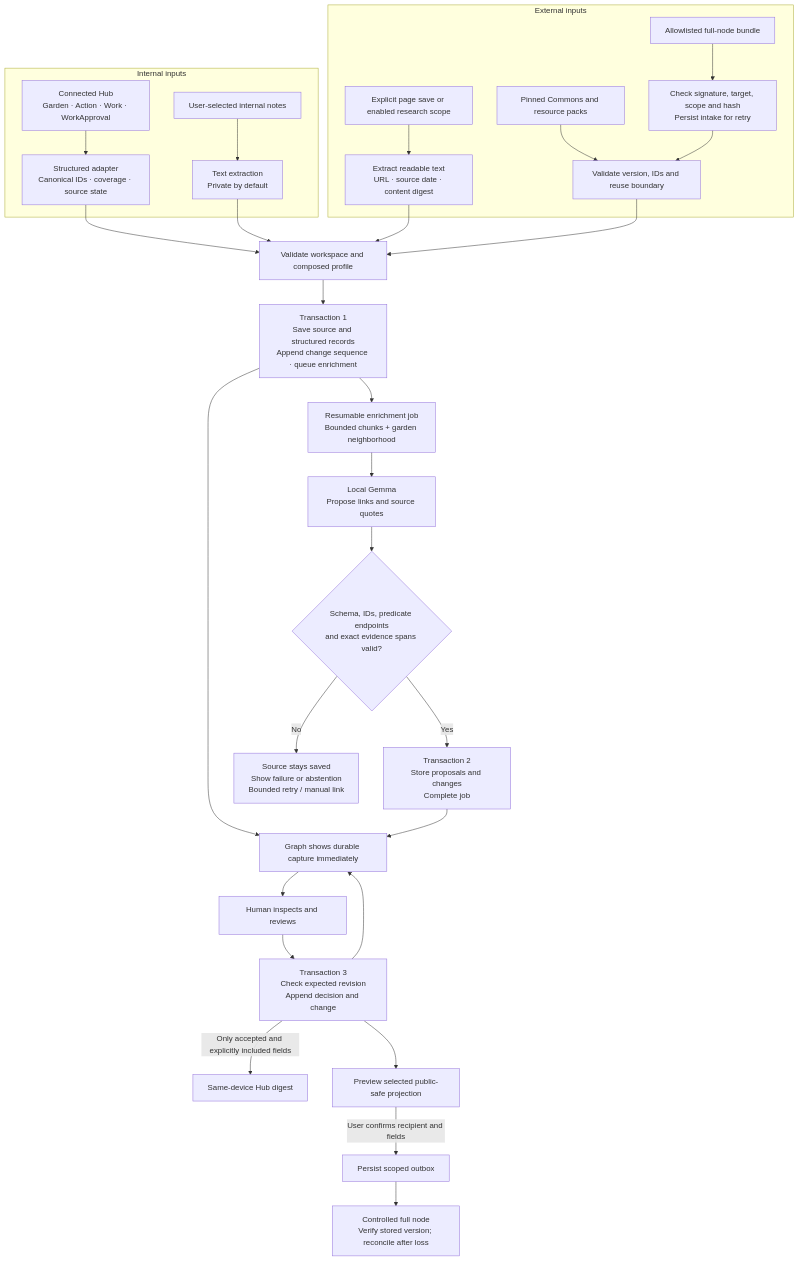
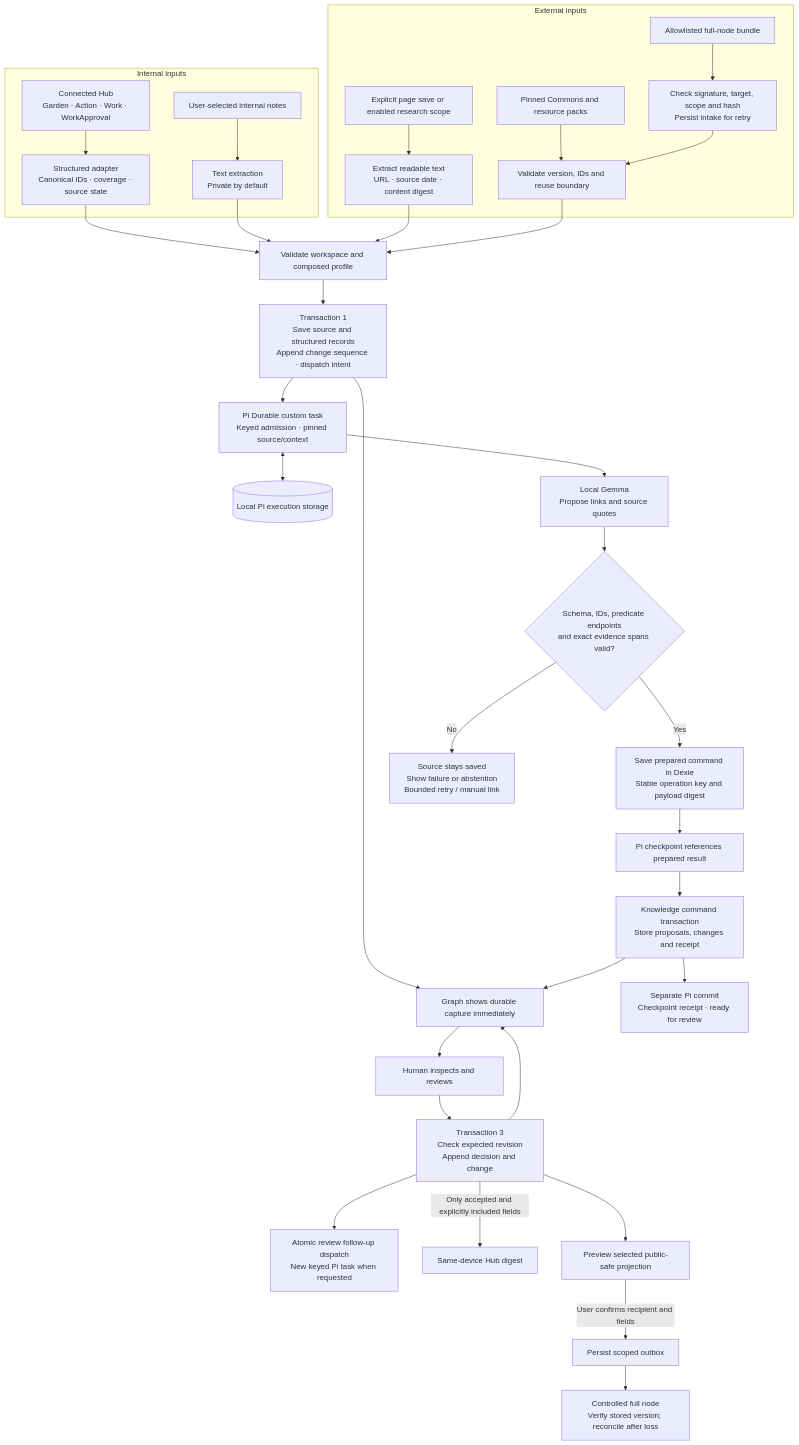
The second of 4 diagrams in .plans/ideas/grove/architecture-flows.md (greenpill-dev-guild/green-goods), drawn with Mermaid before and after one commit. The commit also changed other lines of this file and 10 other files, not shown here.

Commit message:
docs(agent): integrate Pi Durable into Grove architecture

````diff
--- a/.plans/ideas/grove/architecture-flows.md
+++ b/.plans/ideas/grove/architecture-flows.md
@@ -45,32 +46,37 @@
 ```mermaid
 flowchart TB
   subgraph INTERNAL["Internal inputs"]
     H["Connected Hub<br/>Garden · Action · Work · WorkApproval"] --> I["Structured adapter<br/>Canonical IDs · coverage · source state"]
     N["User-selected internal notes"] --> T["Text extraction<br/>Private by default"]
   end
   subgraph EXTERNAL["External inputs"]
     P["Explicit page save or enabled research scope"] --> E["Extract readable text<br/>URL · source date · content digest"]
     C["Pinned Commons and resource packs"] --> V["Validate version, IDs and reuse boundary"]
     K["Allowlisted full-node bundle"] --> KV["Check signature, target, scope and hash<br/>Persist intake for retry"]
     KV --> V
   end
   I --> B["Validate workspace and composed profile"]
   T --> B
   E --> B
   V --> B
-  B --> D["Transaction 1<br/>Save source and structured records<br/>Append change sequence · queue enrichment"]
+  B --> D["Transaction 1<br/>Save source and structured records<br/>Append change sequence · dispatch intent"]
   D --> G["Graph shows durable capture immediately"]
-  D --> J["Resumable enrichment job<br/>Bounded chunks + garden neighborhood"]
+  D --> J["Pi Durable custom task<br/>Keyed admission · pinned source/context"]
+  J <--> PS[("Local Pi execution storage")]
   J --> M["Local Gemma<br/>Propose links and source quotes"]
   M --> Z{"Schema, IDs, predicate endpoints<br/>and exact evidence spans valid?"}
-  Z -->|Yes| S["Transaction 2<br/>Store proposals and changes<br/>Complete job"]
+  Z -->|Yes| PREP["Save prepared command in Dexie<br/>Stable operation key and payload digest"]
+  PREP --> CP["Pi checkpoint references prepared result"]
+  CP --> S["Knowledge command transaction<br/>Store proposals, changes and receipt"]
+  S --> DONE["Separate Pi commit<br/>Checkpoint receipt · ready for review"]
   Z -->|No| F["Source stays saved<br/>Show failure or abstention<br/>Bounded retry / manual link"]
   S --> G
   G --> U["Human inspects and reviews"]
   U --> R["Transaction 3<br/>Check expected revision<br/>Append decision and change"]
   R --> G
+  R --> FOLLOW["Atomic review follow-up dispatch<br/>New keyed Pi task when requested"]
   R -->|"Only accepted and explicitly included fields"| O["Same-device Hub digest"]
   R --> PREVIEW["Preview selected public-safe projection"]
   PREVIEW -->|"User confirms recipient and fields"| OB["Persist scoped outbox"]
   OB --> PEER["Controlled full node<br/>Verify stored version; reconcile after loss"]
 ```
````
